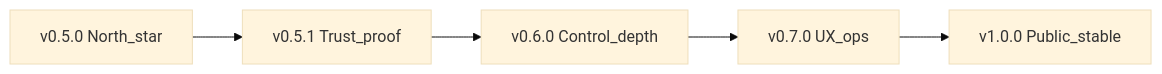
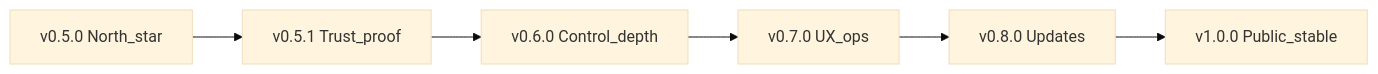
One commit to Dendro-X0/Unstick changed the diagram in docs/roadmap-future.md. Above: the diagram before and after it, drawn with Mermaid (base theme). The commit also changed other lines of this file and 28 other files, not shown here.

````diff
--- a/docs/roadmap-future.md
+++ b/docs/roadmap-future.md
@@ -26,9 +26,10 @@
 ```mermaid
 flowchart LR
   v05[v0.5.0 North_star]
   v051[v0.5.1 Trust_proof]
   v06[v0.6.0 Control_depth]
   v07[v0.7.0 UX_ops]
+  v08[v0.8.0 Updates]
   v10[v1.0.0 Public_stable]
-  v05 --> v051 --> v06 --> v07 --> v10
+  v05 --> v051 --> v06 --> v07 --> v08 --> v10
 ```
````
